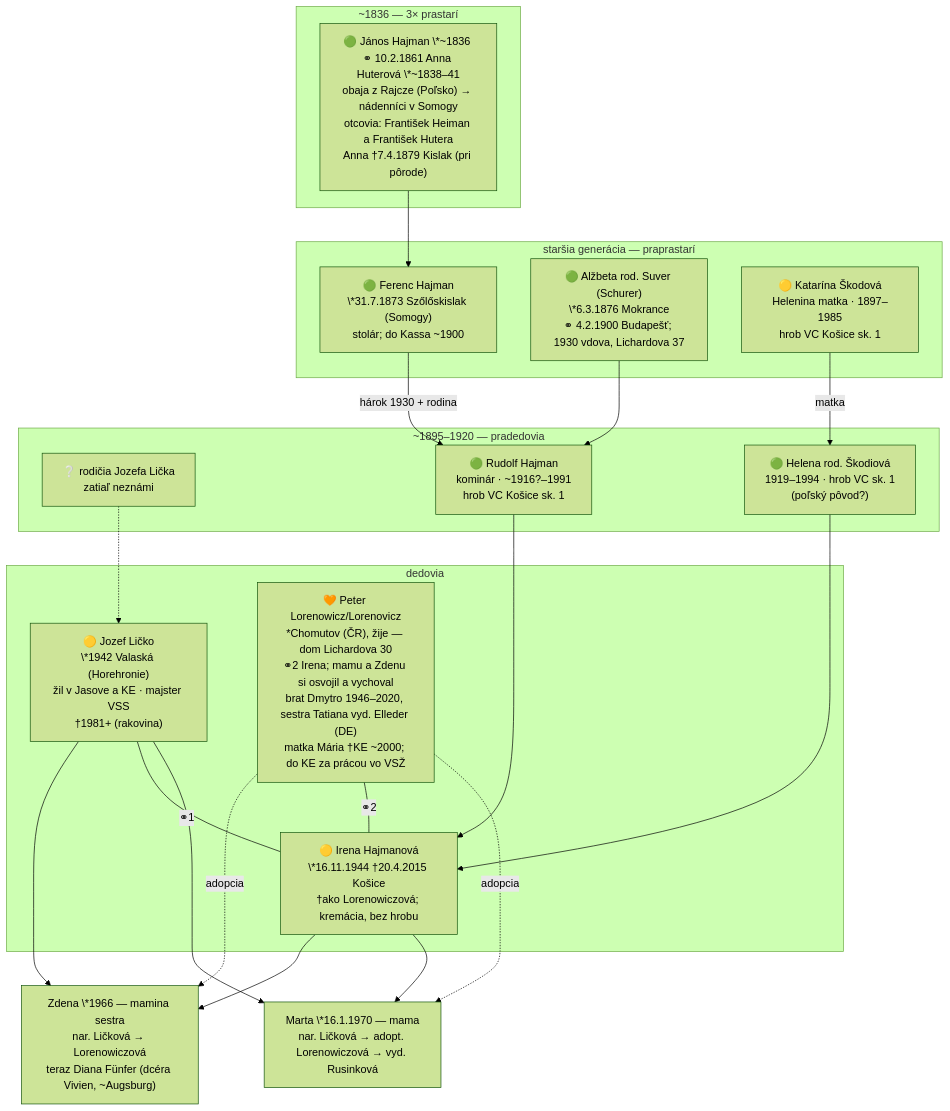
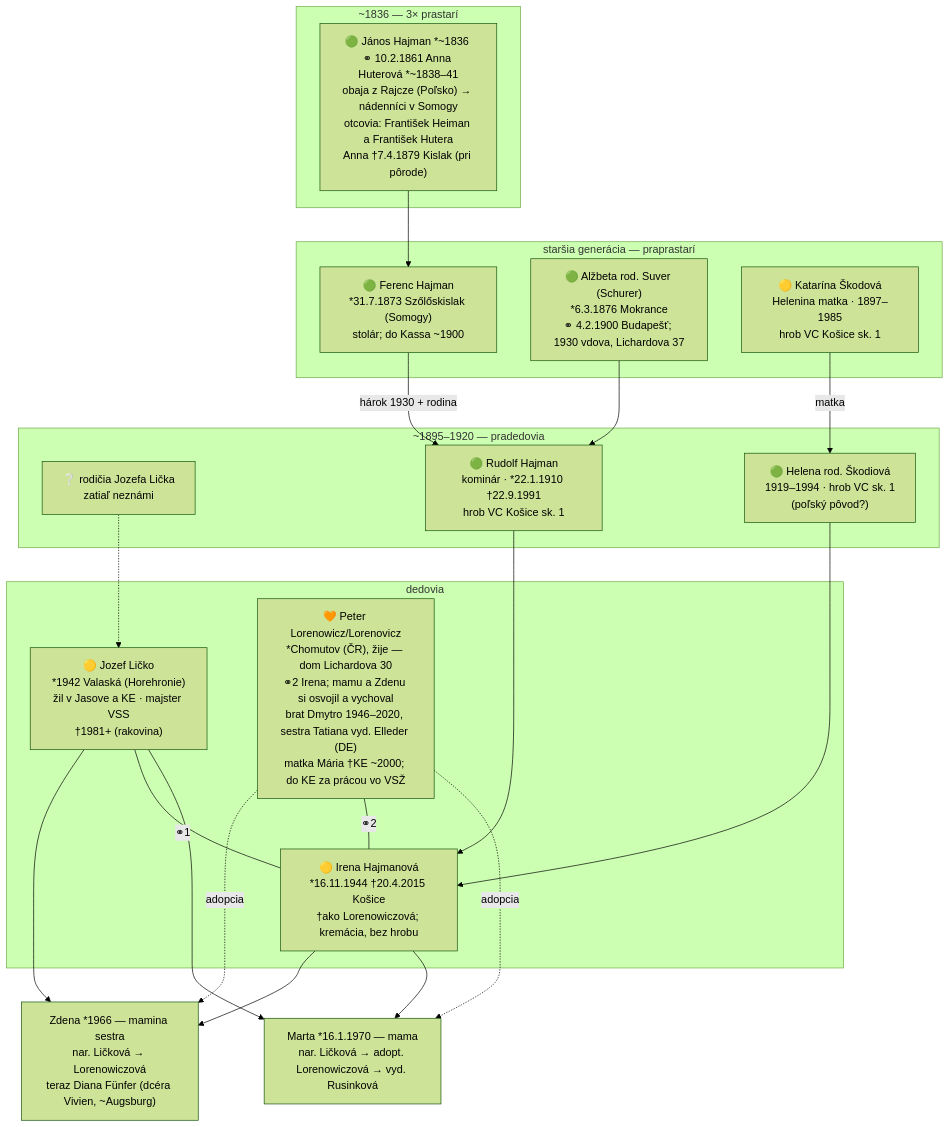
The second of 6 diagrams in docs/rodokmen.md (vrusi/genealogia), drawn with Mermaid (forest theme) before and after one commit. The commit also changed other lines of this file, not shown here.

Commit message:
Web: mermaid stromy bez backslashov pred hviezdickami, Rudolf *1910

````diff
--- a/docs/rodokmen.md
+++ b/docs/rodokmen.md
@@ -102,39 +102,39 @@
 ```mermaid
 graph TD
   subgraph mgen5["~1836 — 3× prastarí"]
-    JHAH["🟢 János Hajman \*~1836 ⚭ 10.2.1861 Anna Huterová \*~1838–41<br>obaja z Rajcze (Poľsko) → nádenníci v Somogy<br>otcovia: František Heiman a František Hutera<br>Anna †7.4.1879 Kislak (pri pôrode)"]
+    JHAH["🟢 János Hajman *~1836 ⚭ 10.2.1861 Anna Huterová *~1838–41<br>obaja z Rajcze (Poľsko) → nádenníci v Somogy<br>otcovia: František Heiman a František Hutera<br>Anna †7.4.1879 Kislak (pri pôrode)"]
   end
   subgraph mgen4["staršia generácia — praprastarí"]
-    FH["🟢 Ferenc Hajman<br>\*31.7.1873 Szőlőskislak (Somogy)<br>stolár; do Kassa ~1900"]
-    ASch["🟢 Alžbeta rod. Suver (Schurer)<br>\*6.3.1876 Mokrance<br>⚭ 4.2.1900 Budapešť; 1930 vdova, Lichardova 37"]
+    FH["🟢 Ferenc Hajman<br>*31.7.1873 Szőlőskislak (Somogy)<br>stolár; do Kassa ~1900"]
+    ASch["🟢 Alžbeta rod. Suver (Schurer)<br>*6.3.1876 Mokrance<br>⚭ 4.2.1900 Budapešť; 1930 vdova, Lichardova 37"]
     KS["🟡 Katarína Škodová<br>Helenina matka · 1897–1985<br>hrob VC Košice sk. 1"]
   end
   subgraph mgen3["~1895–1920 — pradedovia"]
     LX["❔ rodičia Jozefa Lička<br>zatiaľ neznámi"]
-    RH["🟢 Rudolf Hajman<br>kominár · ~1916?–1991<br>hrob VC Košice sk. 1"]
+    RH["🟢 Rudolf Hajman<br>kominár · *22.1.1910 †22.9.1991<br>hrob VC Košice sk. 1"]
     HS["🟢 Helena rod. Škodiová<br>1919–1994 · hrob VC sk. 1<br>(poľský pôvod?)"]
   end
   subgraph mgen2["dedovia"]
-    JL["🟡 Jozef Ličko<br>\*1942 Valaská (Horehronie)<br>žil v Jasove a KE · majster VSS<br>†1981+ (rakovina)"]
-    IH["🟡 Irena Hajmanová<br>\*16.11.1944 †20.4.2015 Košice<br>†ako Lorenowiczová; kremácia, bez hrobu"]
+    JL["🟡 Jozef Ličko<br>*1942 Valaská (Horehronie)<br>žil v Jasove a KE · majster VSS<br>†1981+ (rakovina)"]
+    IH["🟡 Irena Hajmanová<br>*16.11.1944 †20.4.2015 Košice<br>†ako Lorenowiczová; kremácia, bez hrobu"]
     PL["🧡 Peter Lorenowicz/Lorenovicz<br>*Chomutov (ČR), žije — dom Lichardova 30<br>⚭2 Irena; mamu a Zdenu si osvojil a vychoval<br>brat Dmytro 1946–2020, sestra Tatiana vyd. Elleder (DE)<br>matka Mária †KE ~2000; do KE za prácou vo VSŽ"]
   end
-  ML["Marta \*16.1.1970 — mama<br>nar. Ličková → adopt. Lorenowiczová → vyd. Rusinková"]
-  ZD["Zdena \*1966 — mamina sestra<br>nar. Ličková → Lorenowiczová<br>teraz Diana Fünfer (dcéra Vivien, ~Augsburg)"]
+  ML["Marta *16.1.1970 — mama<br>nar. Ličková → adopt. Lorenowiczová → vyd. Rusinková"]
+  ZD["Zdena *1966 — mamina sestra<br>nar. Ličková → Lorenowiczová<br>teraz Diana Fünfer (dcéra Vivien, ~Augsburg)"]
 
   JHAH --> FH
   FH -->|hárok 1930 + rodina| RH
   ASch --> RH
   KS -->|matka| HS
   JL --> ZD
   IH --> ZD
   PL -.->|adopcia| ZD
   LX -.-> JL
   RH --> IH
   HS --> IH
   JL ---|⚭1| IH
   PL ---|⚭2| IH
   JL --> ML
   IH --> ML
   PL -.->|adopcia| ML
 ```
````
